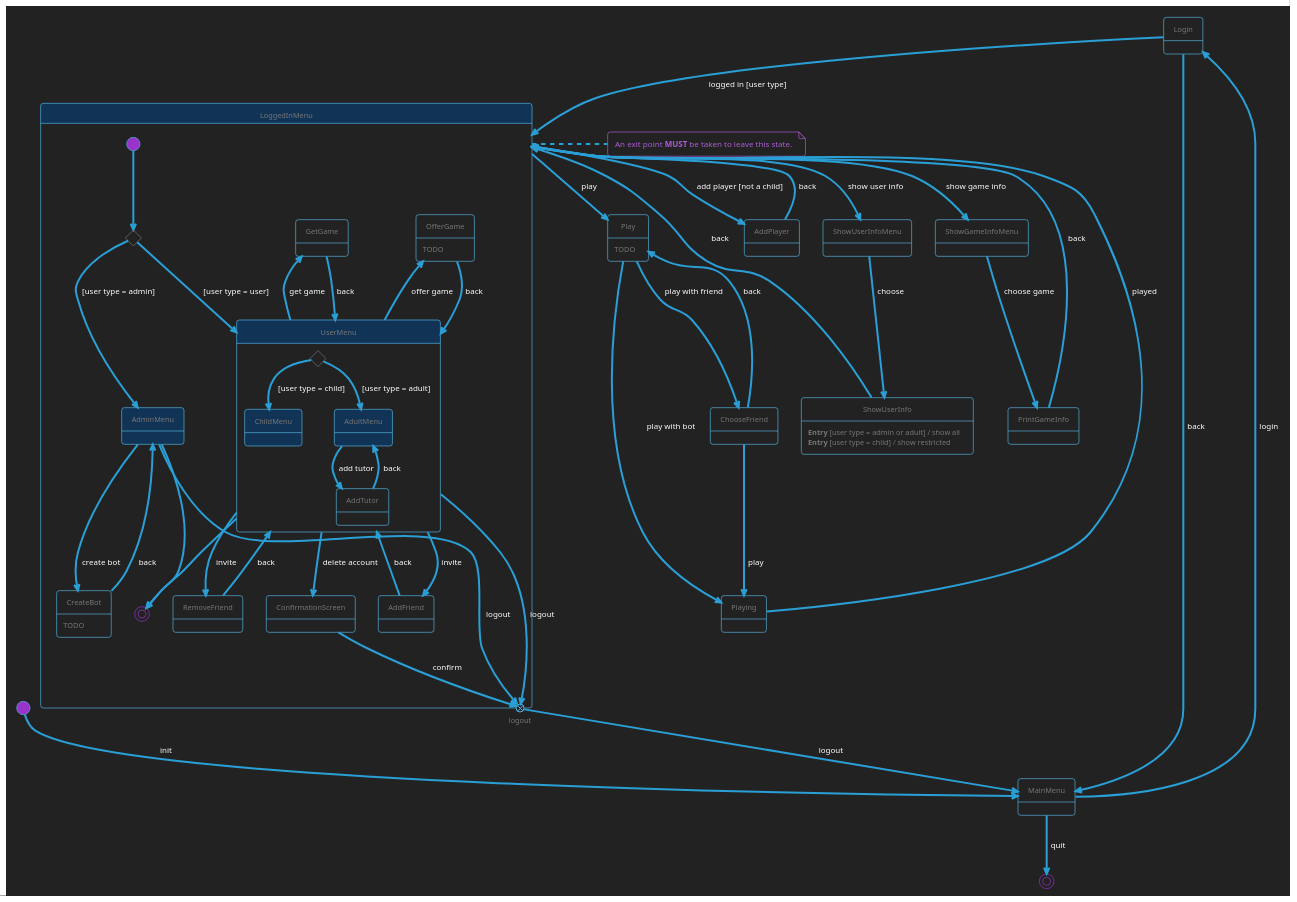
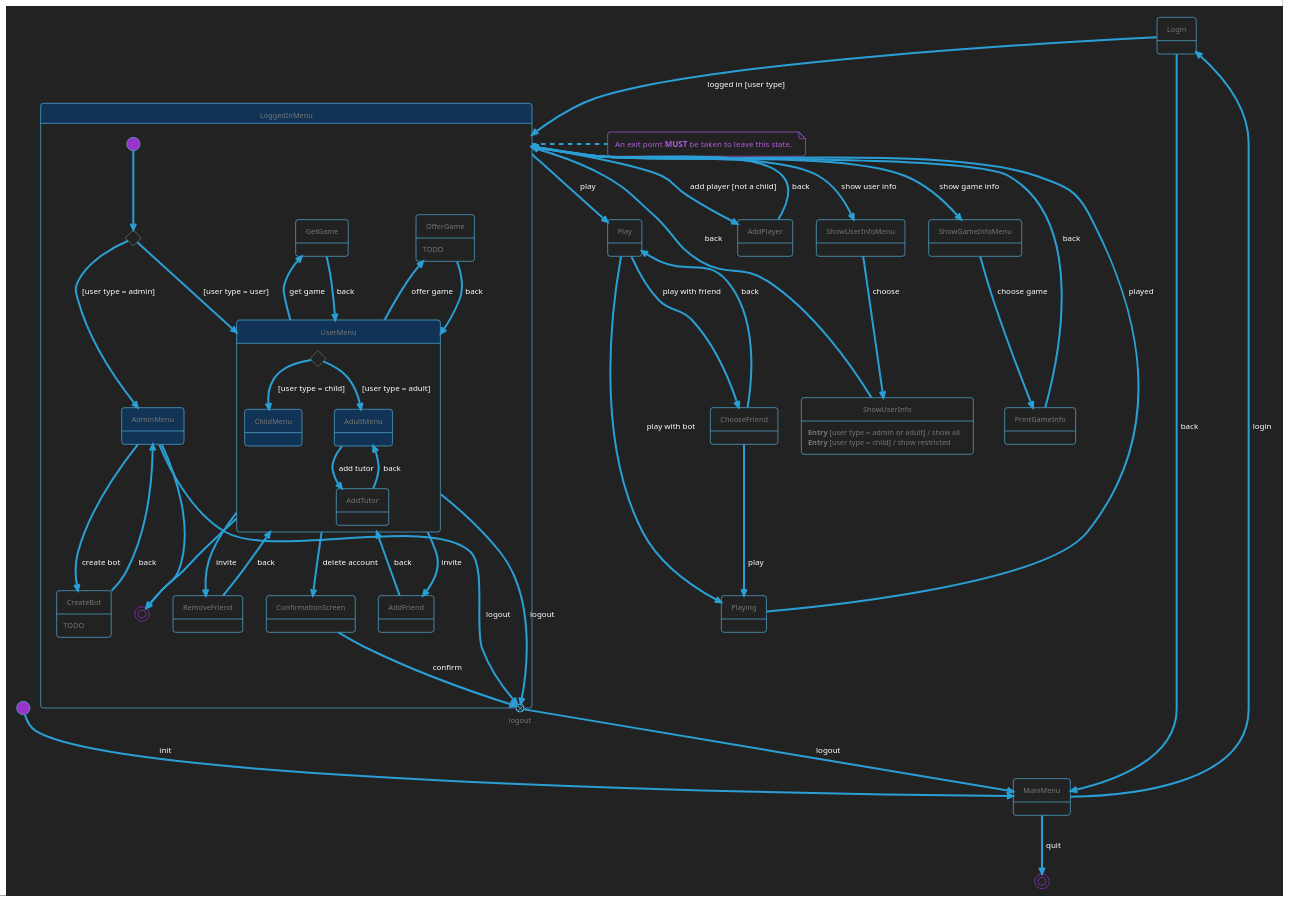
Before and after one commit to Picorims/game-hub: the diagram in docs/menu_state_machine.plantuml, drawn with PlantUML. The commit also changed 8 other files, not shown here.

```diff
--- a/docs/menu_state_machine.plantuml
+++ b/docs/menu_state_machine.plantuml
@@ -1,117 +1,116 @@
 @startuml menu_state_machine
 'MIT License
 '
 'Copyright (c) 2023 Picorims alias Charly Schmidt
 '
 'Permission is hereby granted, free of charge, to any person obtaining a copy
 'of this software and associated documentation files (the "Software"), to deal
 'in the Software without restriction, including without limitation the rights
 'to use, copy, modify, merge, publish, distribute, sublicense, and/or sell
 'copies of the Software, and to permit persons to whom the Software is
 'furnished to do so, subject to the following conditions:
 '
 'The above copyright notice and this permission notice shall be included in all
 'copies or substantial portions of the Software.
 '
 'THE SOFTWARE IS PROVIDED "AS IS", WITHOUT WARRANTY OF ANY KIND, EXPRESS OR
 'IMPLIED, INCLUDING BUT NOT LIMITED TO THE WARRANTIES OF MERCHANTABILITY,
 'FITNESS FOR A PARTICULAR PURPOSE AND NONINFRINGEMENT. IN NO EVENT SHALL THE
 'AUTHORS OR COPYRIGHT HOLDERS BE LIABLE FOR ANY CLAIM, DAMAGES OR OTHER
 'LIABILITY, WHETHER IN AN ACTION OF CONTRACT, TORT OR OTHERWISE, ARISING FROM,
 'OUT OF OR IN CONNECTION WITH THE SOFTWARE OR THE USE OR OTHER DEALINGS IN THE
 'SOFTWARE.
 
 !theme cyborg-outline
 skinparam BackgroundColor #222222
 
 state ShowUserInfoMenu
 state ShowGameInfoMenu
 state AddPlayer
 
 [*] --> MainMenu: init
 
 MainMenu --> Login: login
 MainMenu --> [*]: quit
 
 Login --> LoggedInMenu: logged in [user type]
 Login --> MainMenu: back
 
 state LoggedInMenu #113355 {
     state logout <<exitPoint>>
 
     state loginChoice <<choice>>
     [*] --> loginChoice
     loginChoice --> UserMenu: [user type = user]
     loginChoice --> AdminMenu: [user type = admin]
 
     state AdminMenu #113355
     AdminMenu --> logout: logout
     AdminMenu --> CreateBot: create bot
     AdminMenu --> [*]
 
     CreateBot --> AdminMenu: back
     CreateBot: TODO
 
     state UserMenu #113355 {
         state userChoice <<choice>>
         userChoice --> ChildMenu: [user type = child]
         userChoice --> AdultMenu: [user type = adult]
 
         state ChildMenu #113355
 
         state AdultMenu #113355
         AdultMenu --> AddTutor: add tutor
 
         AddTutor --> AdultMenu: back
     }
     UserMenu --> AddFriend: invite
     UserMenu --> RemoveFriend: invite
     UserMenu -up-> GetGame: get game
     UserMenu -up-> OfferGame: offer game
     UserMenu --> logout: logout
     UserMenu --> ConfirmationScreen: delete account
     UserMenu --> [*]
 
     ConfirmationScreen --> logout: confirm
 
     GetGame --> UserMenu: back
     
     OfferGame --> UserMenu: back
     OfferGame: TODO
 
     AddFriend --> UserMenu: back
 
     RemoveFriend --> UserMenu: back
 }
 logout --> MainMenu: logout
 LoggedInMenu --> ShowUserInfoMenu: show user info
 LoggedInMenu --> ShowGameInfoMenu: show game info
 LoggedInMenu --> AddPlayer: add player [not a child]
 LoggedInMenu --> Play: play
 
 note right of LoggedInMenu
     An exit point <b>MUST</b> be taken to leave this state.
 end note
 
 ShowUserInfoMenu --> ShowUserInfo: choose
 
 ShowUserInfo: <b>Entry</b> [user type = admin or adult] / show all
 ShowUserInfo: <b>Entry</b> [user type = child] / show restricted
 ShowUserInfo --> LoggedInMenu: back
 
 ShowGameInfoMenu --> PrintGameInfo: choose game
 
 PrintGameInfo --> LoggedInMenu: back
 
 AddPlayer --> LoggedInMenu: back
 
 Play --> ChooseFriend: play with friend
 Play --> Playing: play with bot
-Play: TODO
 
 ChooseFriend --> Playing: play
 ChooseFriend --> Play: back
 
 Playing --> LoggedInMenu: played
 
 @enduml
```
